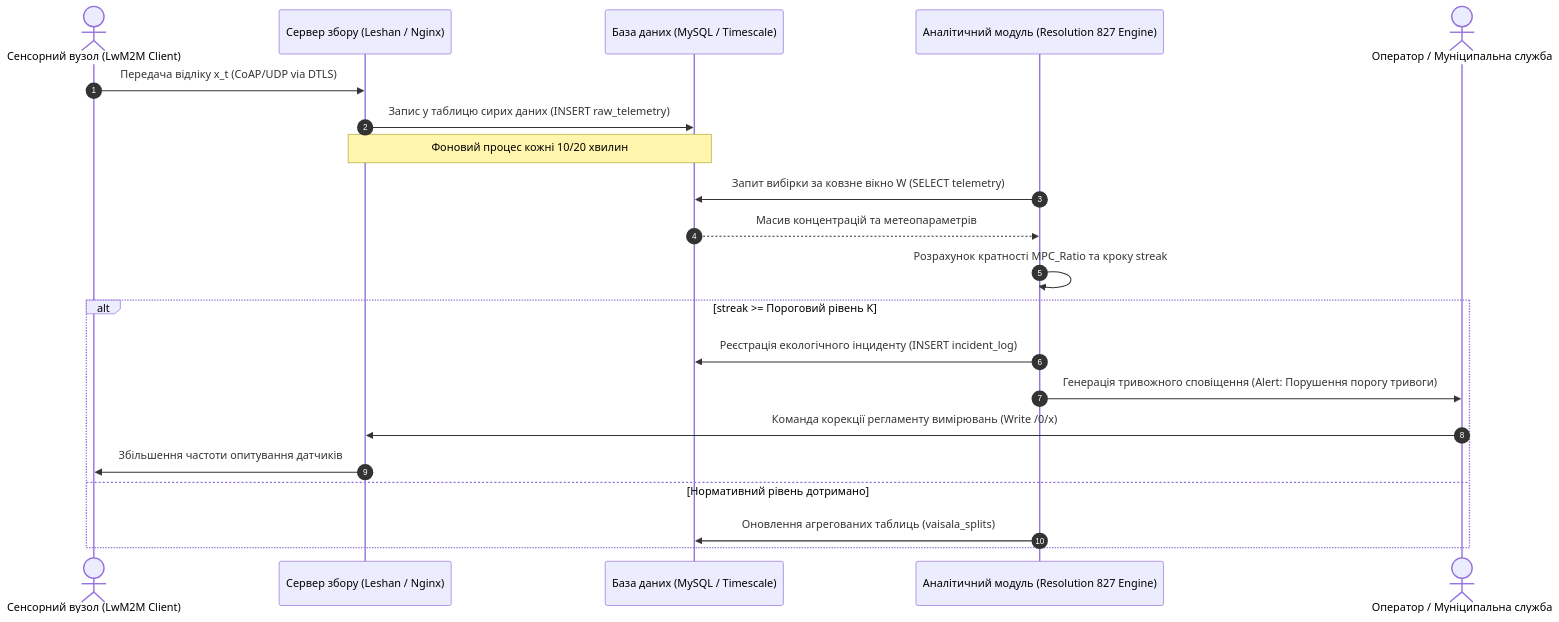
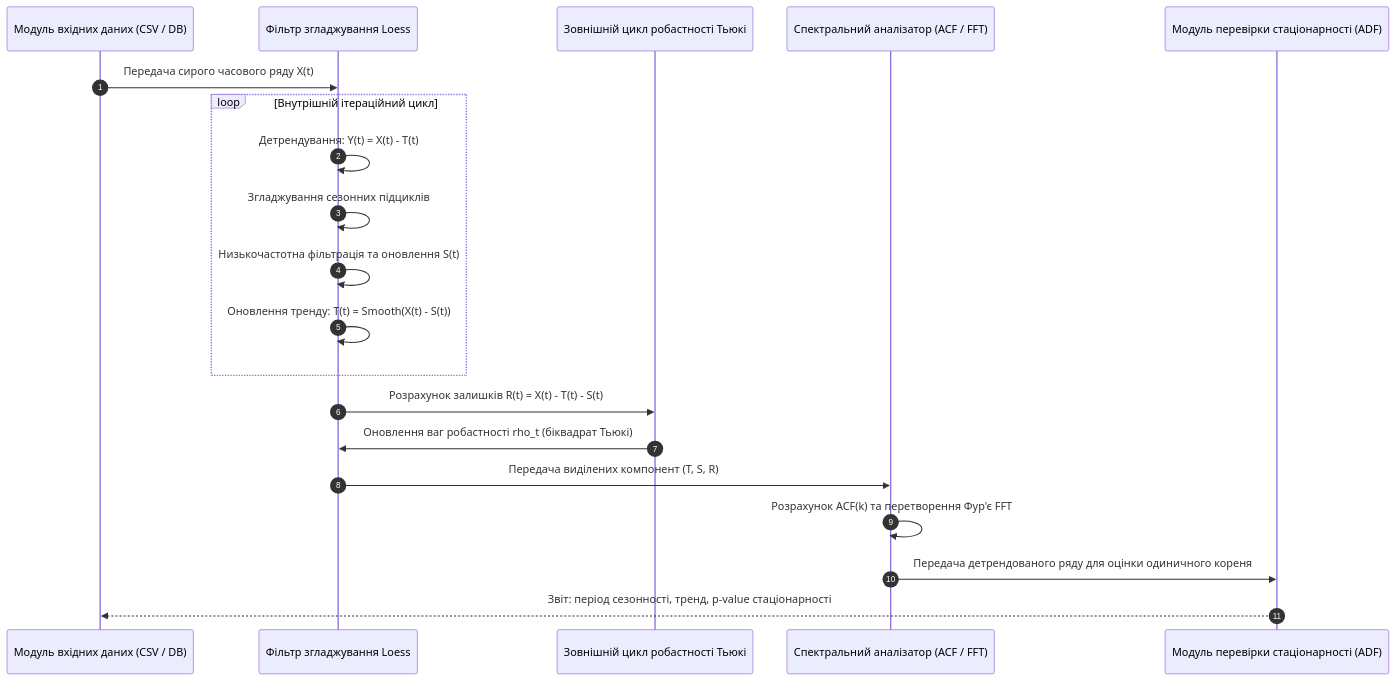
One commit to KyryloVadurin/eco-systems-analytics changed the third of 4 diagrams in docs/lk/lk4.md. Above: the diagram before and after it, drawn with Mermaid. The commit also changed other lines of this file and 9 other files, not shown here.

````diff
--- a/docs/lk/lk4.md
+++ b/docs/lk/lk4.md
@@ -358,24 +229,23 @@
 ```mermaid
 sequenceDiagram
     autonumber
-    actor SensorNode as Сенсорний вузол (LwM2M Client)
-    participant Gateway as Сервер збору (Leshan / Nginx)
-    participant Database as База даних (MySQL / Timescale)
-    participant Analyzer as Аналітичний модуль (Resolution 827 Engine)
-    actor Operator as Оператор / Муніципальна служба
+    participant DataIngest as Модуль вхідних даних (CSV / DB)
+    participant LoessSmoother as Фільтр згладжування Loess
+    participant RobustLoop as Зовнішній цикл робастності Тьюкі
+    participant SpectralEngine as Спектральний аналізатор (ACF / FFT)
+    participant ADFTester as Модуль перевірки стаціонарності (ADF)
 
-    SensorNode->>Gateway: Передача відліку x_t (CoAP/UDP via DTLS)
-    Gateway->>Database: Запис у таблицю сирих даних (INSERT raw_telemetry)
-    Note over Gateway,Database: Фоновий процес кожні 10/20 хвилин
-    Analyzer->>Database: Запит вибірки за ковзне вікно W (SELECT telemetry)
-    Database-->>Analyzer: Масив концентрацій та метеопараметрів
-    Analyzer->>Analyzer: Розрахунок кратності MPC_Ratio та кроку streak
-    alt streak >= Пороговий рівень K
-        Analyzer->>Database: Реєстрація екологічного інциденту (INSERT incident_log)
-        Analyzer->>Operator: Генерація тривожного сповіщення (Alert: Порушення порогу тривоги)
-        Operator->>Gateway: Команда корекції регламенту вимірювань (Write /0/x)
-        Gateway->>SensorNode: Збільшення частоти опитування датчиків
-    else Нормативний рівень дотримано
-        Analyzer->>Database: Оновлення агрегованих таблиць (vaisala_splits)
+    DataIngest->>LoessSmoother: Передача сирого часового ряду X(t)
+    loop Внутрішній ітераційний цикл
+        LoessSmoother->>LoessSmoother: Детрендування: Y(t) = X(t) - T(t)
+        LoessSmoother->>LoessSmoother: Згладжування сезонних підциклів
+        LoessSmoother->>LoessSmoother: Низькочастотна фільтрація та оновлення S(t)
+        LoessSmoother->>LoessSmoother: Оновлення тренду: T(t) = Smooth(X(t) - S(t))
     end
+    LoessSmoother->>RobustLoop: Розрахунок залишків R(t) = X(t) - T(t) - S(t)
+    RobustLoop->>LoessSmoother: Оновлення ваг робастності rho_t (біквадрат Тьюкі)
+    LoessSmoother->>SpectralEngine: Передача виділених компонент (T, S, R)
+    SpectralEngine->>SpectralEngine: Розрахунок ACF(k) та перетворення Фур'є FFT
+    SpectralEngine->>ADFTester: Передача детрендованого ряду для оцінки одиничного кореня
+    ADFTester-->>DataIngest: Звіт: період сезонності, тренд, p-value стаціонарності
 ```
````
